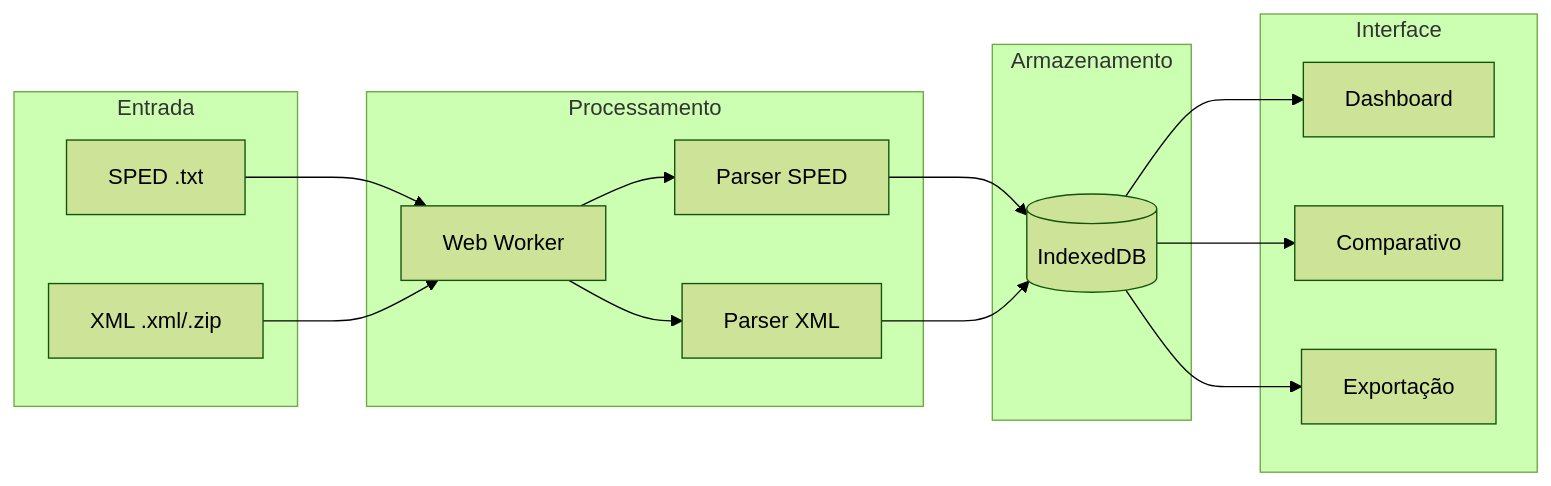
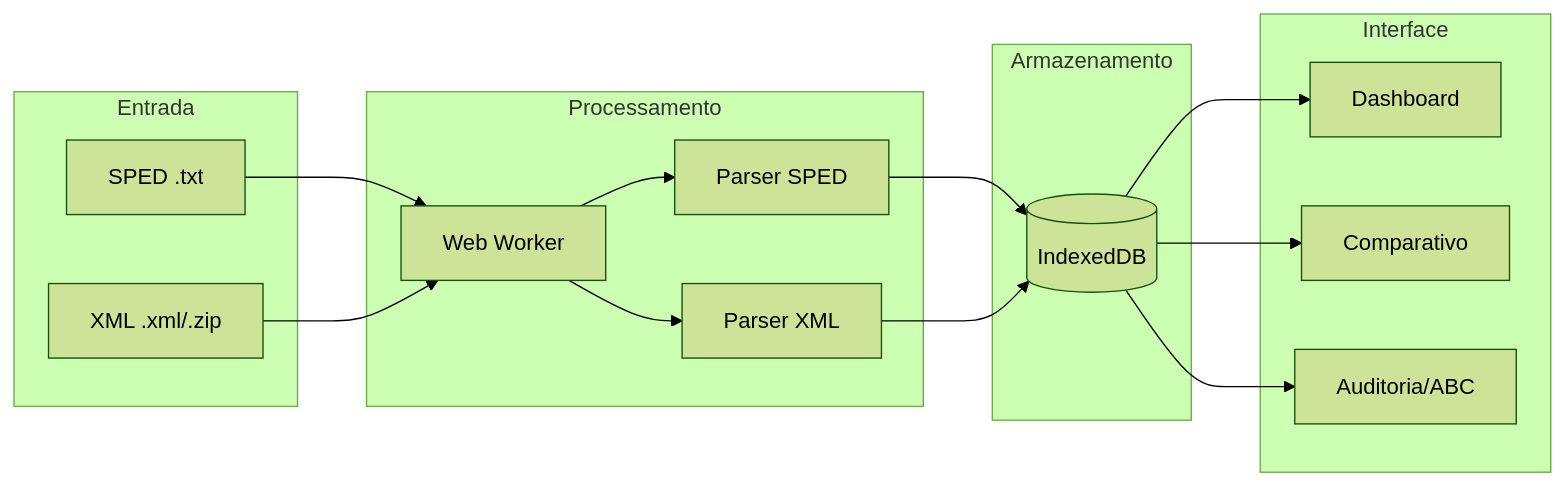
One commit to JobasFernandes/analise-sped-fiscal-efd-icms-ipi changed the diagram in README.md. Above: the diagram before and after it, drawn with Mermaid (forest theme). The commit also changed other lines of this file, not shown here.

````diff
--- a/README.md
+++ b/README.md
@@ -29,27 +30,27 @@
 ```mermaid
 flowchart LR
     subgraph Entrada
         A[SPED .txt]
         B[XML .xml/.zip]
     end
 
     subgraph Processamento
         C[Web Worker]
         D[Parser SPED]
         E[Parser XML]
     end
 
     subgraph Armazenamento
         F[(IndexedDB)]
     end
 
     subgraph Interface
         G[Dashboard]
         H[Comparativo]
-        I[Exportação]
+        I[Auditoria/ABC]
     end
 
     A --> C --> D --> F
     B --> C --> E --> F
     F --> G & H & I
 ```
````
